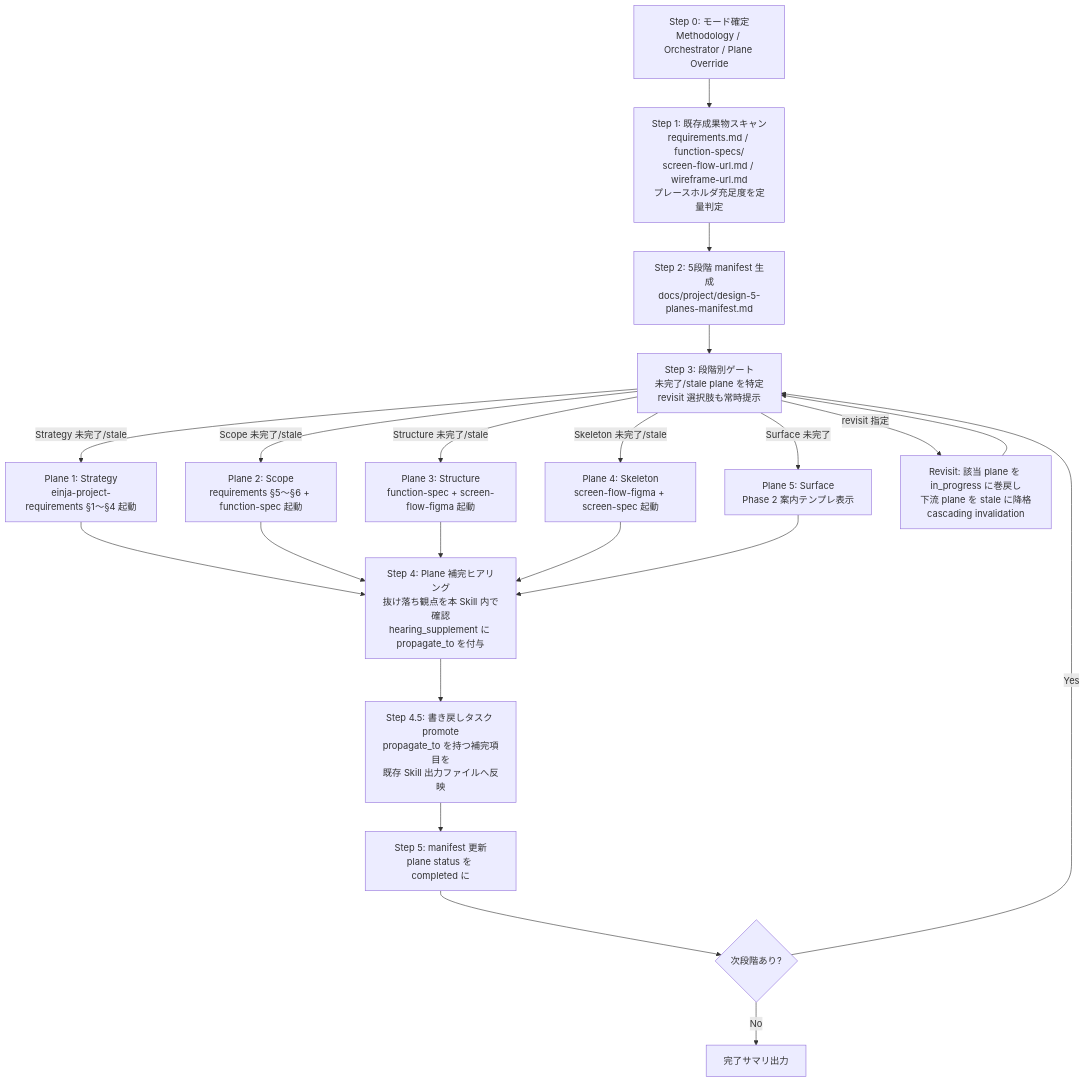
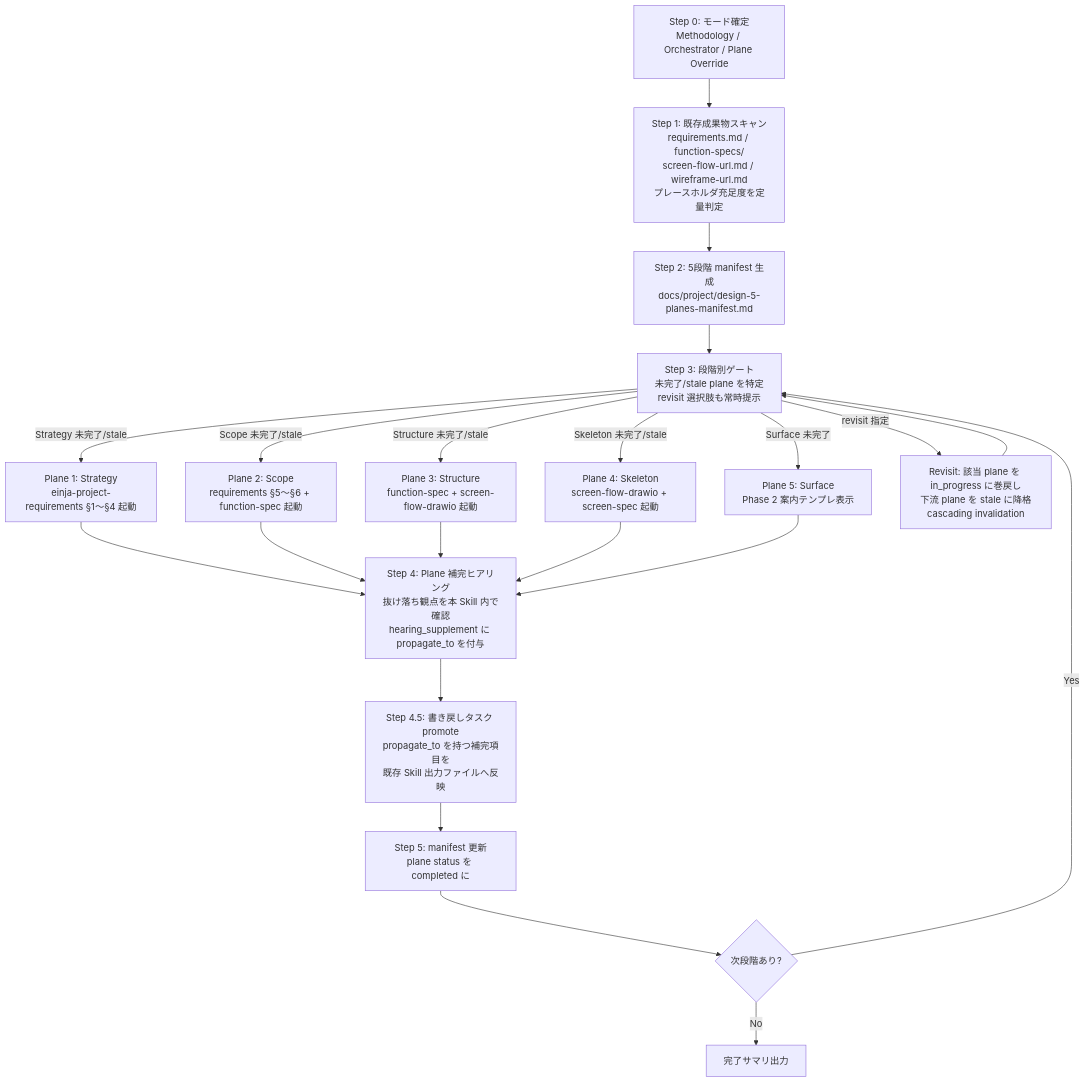
One commit to einja-inc/einja-management-template changed the diagram in .claude/skills/einja-design-5-planes/SKILL.md. Above: the diagram before and after it, drawn with Mermaid. The commit also changed other lines of this file and 3 other files, not shown here.

````diff
--- a/.claude/skills/einja-design-5-planes/SKILL.md
+++ b/.claude/skills/einja-design-5-planes/SKILL.md
@@ -52,24 +52,24 @@
 ```mermaid
 flowchart TB
   S0[Step 0: モード確定<br/>Methodology / Orchestrator / Plane Override] --> S1
   S1[Step 1: 既存成果物スキャン<br/>requirements.md / function-specs/<br/>screen-flow-url.md / wireframe-url.md<br/>プレースホルダ充足度を定量判定] --> S2
   S2[Step 2: 5段階 manifest 生成<br/>docs/project/design-5-planes-manifest.md] --> S3
   S3[Step 3: 段階別ゲート<br/>未完了/stale plane を特定<br/>revisit 選択肢も常時提示]
   S3 -->|Strategy 未完了/stale| P1[Plane 1: Strategy<br/>einja-project-requirements §1〜§4 起動]
   S3 -->|Scope 未完了/stale| P2[Plane 2: Scope<br/>requirements §5〜§6 + function-spec 起動]
-  S3 -->|Structure 未完了/stale| P3[Plane 3: Structure<br/>function-spec + screen-flow-figma 起動]
-  S3 -->|Skeleton 未完了/stale| P4[Plane 4: Skeleton<br/>screen-flow-figma + screen-spec 起動]
+  S3 -->|Structure 未完了/stale| P3[Plane 3: Structure<br/>function-spec + screen-flow-drawio 起動]
+  S3 -->|Skeleton 未完了/stale| P4[Plane 4: Skeleton<br/>screen-flow-drawio + screen-spec 起動]
   S3 -->|Surface 未完了| P5[Plane 5: Surface<br/>Phase 2 案内テンプレ表示]
   S3 -->|revisit 指定| RV[Revisit: 該当 plane を in_progress に巻戻し<br/>下流 plane を stale に降格<br/>cascading invalidation]
   RV --> S3
   P1 --> S4[Step 4: Plane 補完ヒアリング<br/>抜け落ち観点を本 Skill 内で確認<br/>hearing_supplement に propagate_to を付与]
   P2 --> S4
   P3 --> S4
   P4 --> S4
   P5 --> S4
   S4 --> S4B[Step 4.5: 書き戻しタスク promote<br/>propagate_to を持つ補完項目を<br/>既存 Skill 出力ファイルへ反映]
   S4B --> S5[Step 5: manifest 更新<br/>plane status を completed に]
   S5 --> S6{次段階あり?}
   S6 -->|Yes| S3
   S6 -->|No| END[完了サマリ出力]
 ```
````
